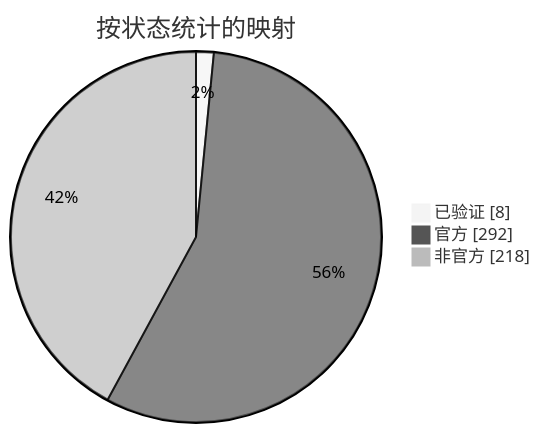
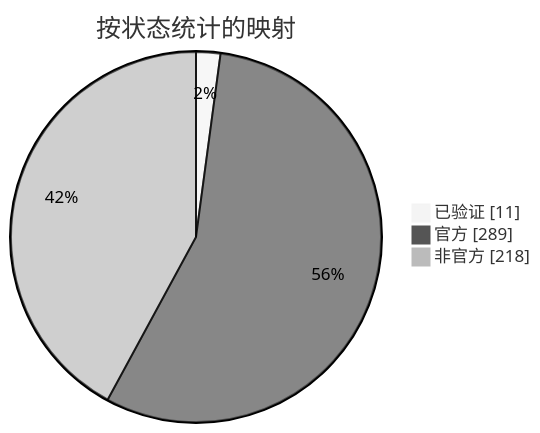
The diagram in docs/readme/README_ZHS.md (nobrega8/mbmap-library), drawn with Mermaid (neutral theme) before and after one commit. The commit also changed 7 other files, not shown here.

````diff
--- a/docs/readme/README_ZHS.md
+++ b/docs/readme/README_ZHS.md
@@ -54,7 +54,7 @@
 ```mermaid
 pie showData
     title 按状态统计的映射
-    "已验证" : 8
-    "官方" : 292
+    "已验证" : 11
+    "官方" : 289
     "非官方" : 218
 ```
````
